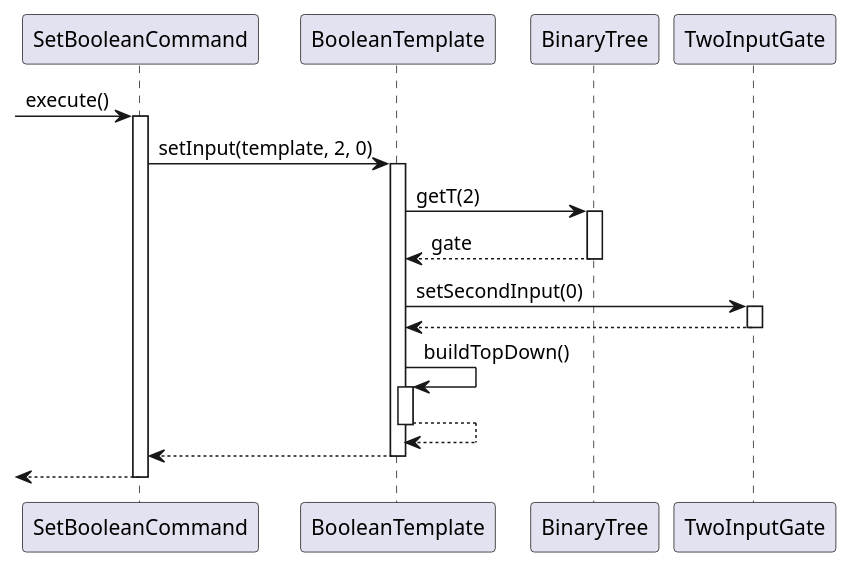
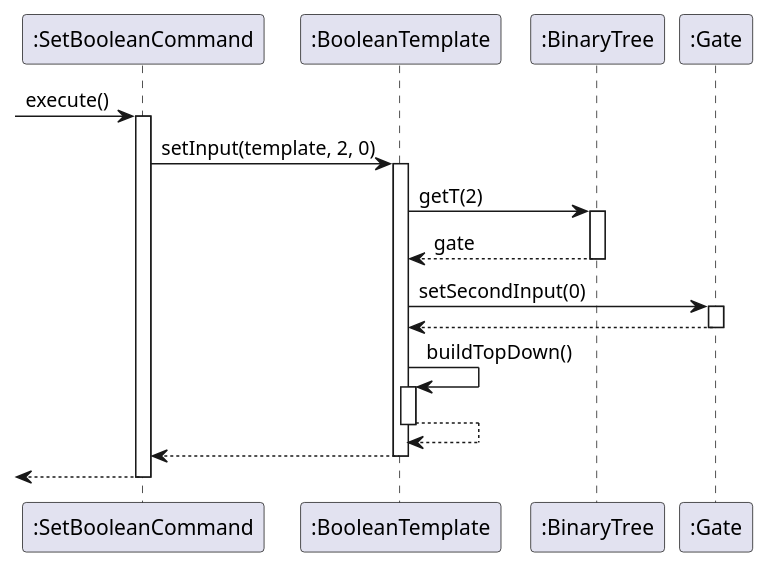
Before and after one commit to sevenseasofbri/tp: the diagram in docs/diagrams/SetBooleanCommand.puml, drawn with PlantUML. The commit also changed 11 other files, not shown here.

Commit message:
Changes to object, class, and sequence diagrams

```diff
--- a/docs/diagrams/SetBooleanCommand.puml
+++ b/docs/diagrams/SetBooleanCommand.puml
@@ -1,31 +1,31 @@
 @startuml
-[-> SetBooleanCommand : execute()
-activate SetBooleanCommand
+[-> ":SetBooleanCommand" : execute()
+activate ":SetBooleanCommand"
 
-SetBooleanCommand -> BooleanTemplate : setInput(template, 2, 0)
-activate BooleanTemplate
+":SetBooleanCommand" -> ":BooleanTemplate" : setInput(template, 2, 0)
+activate ":BooleanTemplate"
 
-BooleanTemplate -> BinaryTree : getT(2)
-activate BinaryTree
+":BooleanTemplate" -> ":BinaryTree" : getT(2)
+activate ":BinaryTree"
 
-BinaryTree --> BooleanTemplate : gate
-deactivate BinaryTree
+":BinaryTree" --> ":BooleanTemplate" : gate
+deactivate ":BinaryTree"
 
-BooleanTemplate -> TwoInputGate : setSecondInput(0)
-activate TwoInputGate
+":BooleanTemplate" -> ":Gate" : setSecondInput(0)
+activate ":Gate"
 
-TwoInputGate --> BooleanTemplate
-deactivate TwoInputGate
+":Gate" --> ":BooleanTemplate"
+deactivate ":Gate"
 
-BooleanTemplate -> BooleanTemplate : buildTopDown()
-activate BooleanTemplate
+":BooleanTemplate" -> ":BooleanTemplate" : buildTopDown()
+activate ":BooleanTemplate"
 
-BooleanTemplate --> BooleanTemplate
-deactivate BooleanTemplate
+":BooleanTemplate" --> ":BooleanTemplate"
+deactivate ":BooleanTemplate"
 
-BooleanTemplate --> SetBooleanCommand
-deactivate BooleanTemplate
+":BooleanTemplate" --> ":SetBooleanCommand"
+deactivate ":BooleanTemplate"
 
-[<-- SetBooleanCommand
-deactivate SetBooleanCommand
+[<-- ":SetBooleanCommand"
+deactivate ":SetBooleanCommand"
 @enduml
```
